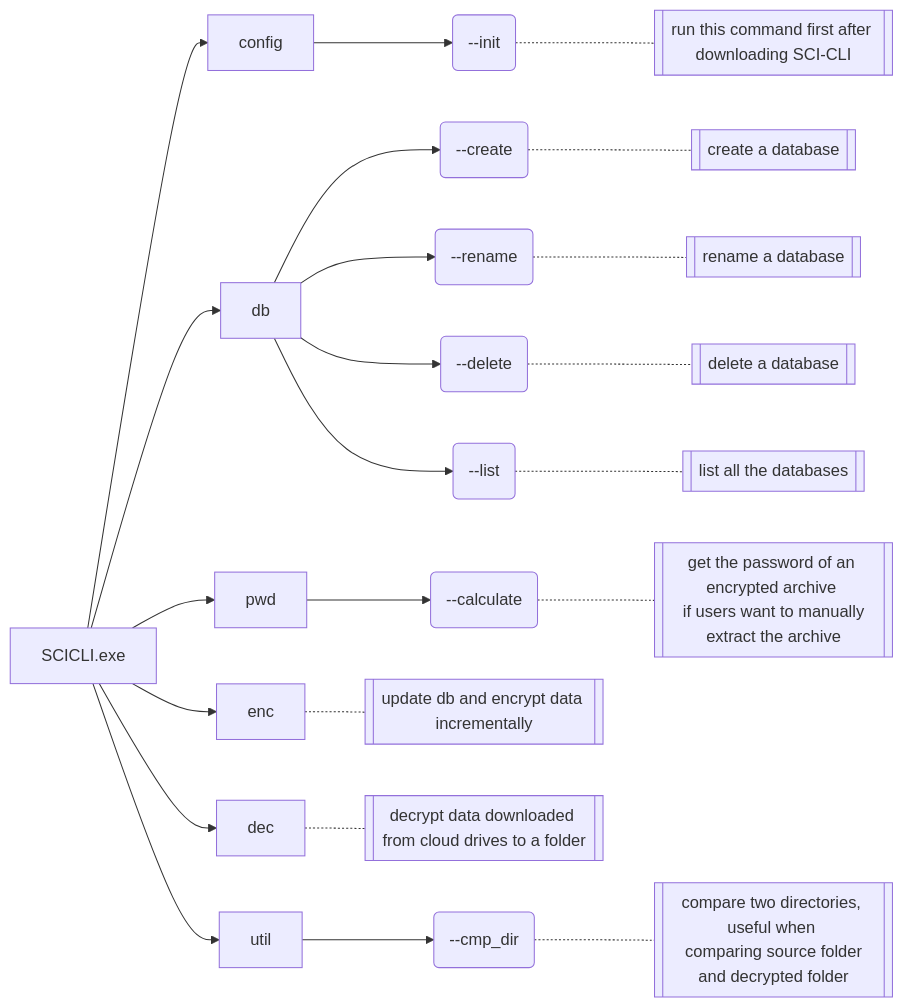
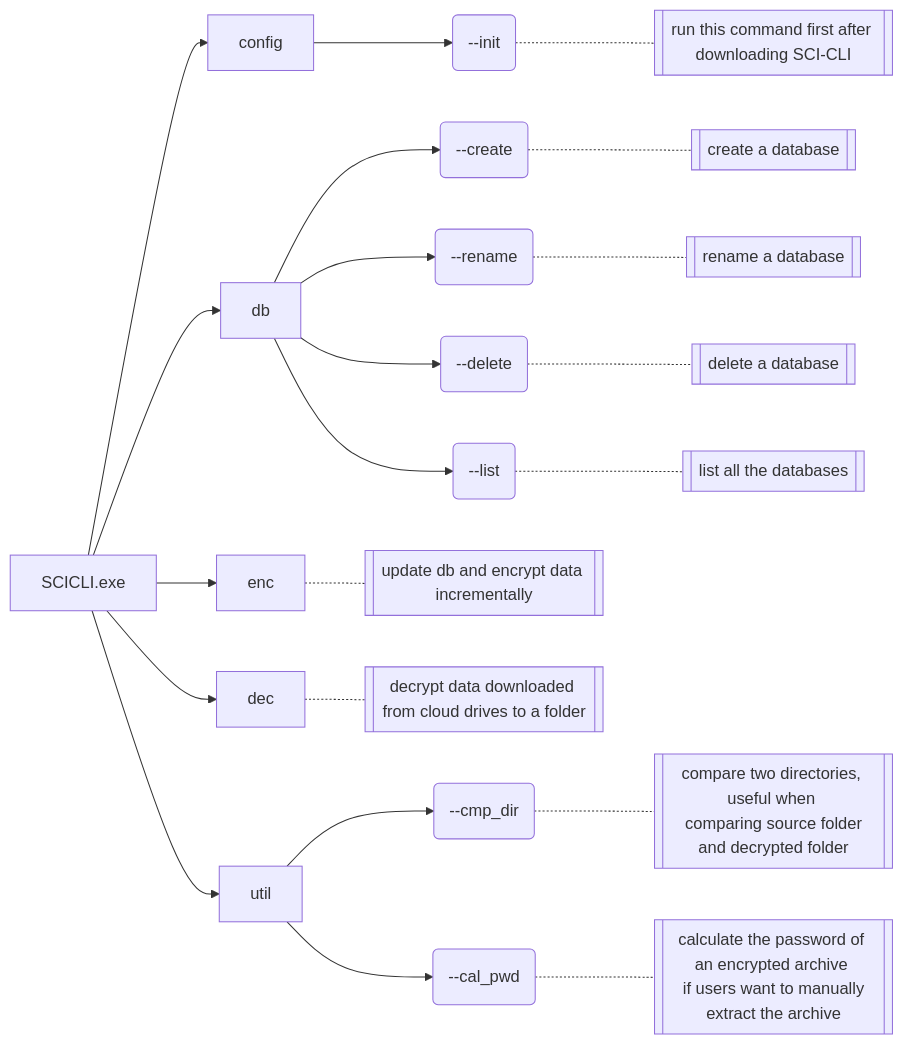
Before and after one commit to gustaavv/SecureCloudInspector: the second of 2 diagrams in README.md, drawn with Mermaid. The commit also changed 2 other files, not shown here.

Commit message:
move `pwd --calculate` to `util --cal_pwd`

````diff
--- a/README.md
+++ b/README.md
@@ -127,29 +127,27 @@
 ```mermaid
 flowchart LR
 %% name convention for id:
 %% 'v' means verb
 %% 'o' means options
 %% 'e' means explanation
 %% o21 means the 1st option of the 2nd verb
 %% e21 means the explanation of o21
     exe[SCICLI.exe]
 %% config
     exe --> v1[config]
     v1 --> o11("--init") -.- e11[[run this command first after downloading SCI-CLI]]
 %% database 
     exe --> v2[db]
     v2 --> o21("--create") -.- e21[[create a database]]
     v2 --> o22("--rename") -.- e22[[rename a database]]
     v2 --> o23("--delete") -.- e23[[delete a database]]
     v2 --> o24("--list") -.- e24[[list all the databases]]
-%% password
-    exe --> v3[pwd]
-    v3 --> o32("--calculate") -.- e32[[get the password of an encrypted archive <br/> if users want to manually extract the archive]]
 %% encrypt
-    exe --> v4[enc] -.-e4[[update db and encrypt data incrementally]]
+    exe --> v3[enc] -.- e3[[update db and encrypt data incrementally]]
 %% decrypt
-    exe --> v5[dec] -.-e5[[decrypt data downloaded from cloud drives to a folder]]
+    exe --> v4[dec] -.- e4[[decrypt data downloaded from cloud drives to a folder]]
 %% util
-    exe --> v6[util]
-    v6 --> o61("--cmp_dir") -.-e61[[compare two directories, useful when <br/> comparing source folder and decrypted folder]]
+    exe --> v5[util]
+    v5 --> o51("--cmp_dir") -.- e51[[compare two directories, useful when <br/> comparing source folder and decrypted folder]]
+    v5 --> o52("--cal_pwd") -.- e52[[calculate the password of an encrypted archive <br/> if users want to manually extract the archive]]
 ```
````
